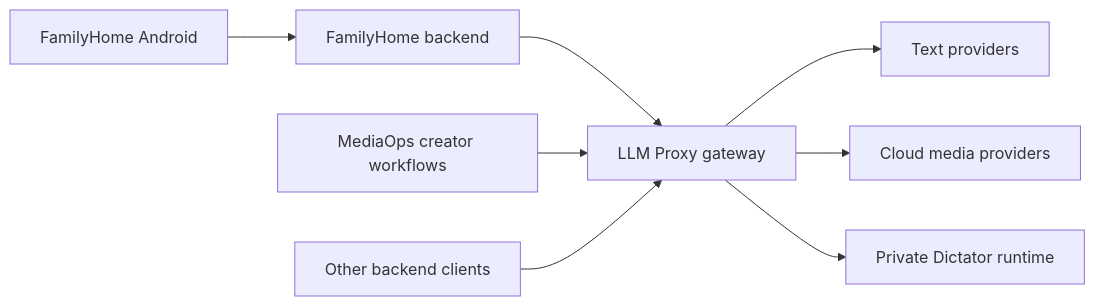
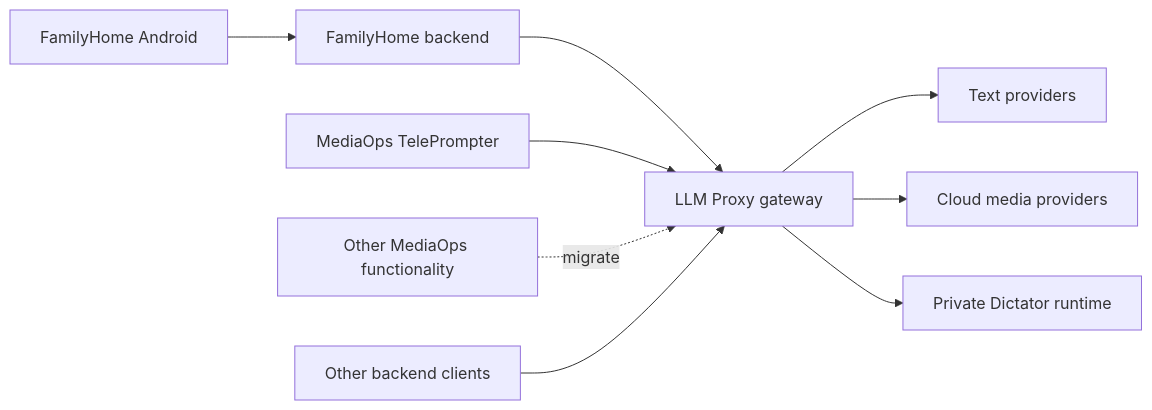
One commit to tyemirov/llm-proxy changed the diagram in docs/media-gateway-consolidation.md. Above: the diagram before and after it, drawn with Mermaid. The commit also changed other lines of this file and 2 other files, not shown here.

````diff
--- a/docs/media-gateway-consolidation.md
+++ b/docs/media-gateway-consolidation.md
@@ -22,10 +24,11 @@
 ```mermaid
 flowchart LR
     A[FamilyHome Android] --> B[FamilyHome backend]
     B --> G[LLM Proxy gateway]
-    M[MediaOps creator workflows] --> G
+    T[MediaOps TelePrompter] --> G
+    M[Other MediaOps functionality] -. migrate .-> G
     C[Other backend clients] --> G
     G --> L[Text providers]
     G --> P[Cloud media providers]
     G --> D[Private Dictator runtime]
 ```
````
